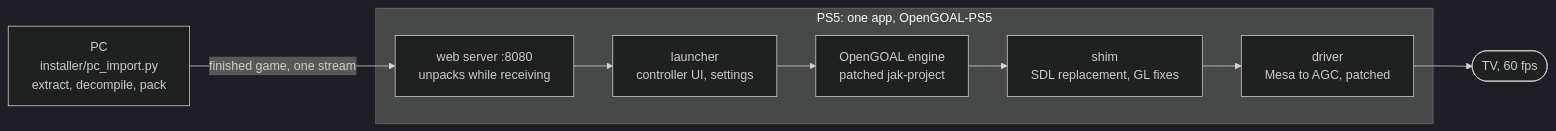
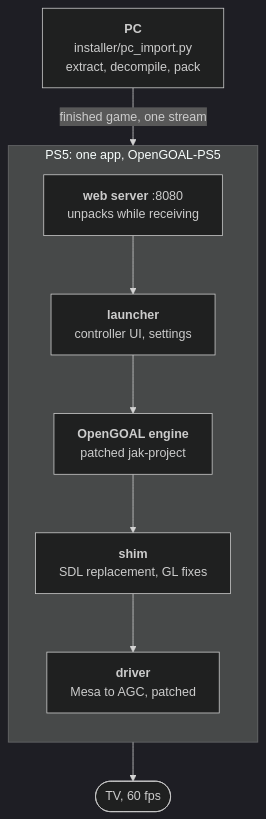
Before and after one commit to 0iy/opengoal-ps5: the diagram in README.md, drawn with Mermaid (dark theme).

Commit message:
Draw the architecture diagram top to bottom so it stays readable

````diff
--- a/README.md
+++ b/README.md
@@ -86,11 +86,12 @@
 ```mermaid
-flowchart LR
-  PC["PC<br/>installer/pc_import.py<br/>extract, decompile, pack"] -- "finished game, one stream" --> WEB
+flowchart TB
+  PC["<b>PC</b><br/>installer/pc_import.py<br/>extract, decompile, pack"] -->|"finished game, one stream"| WEB
   subgraph PS5["PS5: one app, OpenGOAL-PS5"]
-    WEB["web server :8080<br/>unpacks while receiving"] --> LAUNCH["launcher<br/>controller UI, settings"]
-    LAUNCH --> ENGINE["OpenGOAL engine<br/>patched jak-project"]
-    ENGINE --> SHIM["shim<br/>SDL replacement, GL fixes"]
-    SHIM --> DRV["driver<br/>Mesa to AGC, patched"]
+    direction TB
+    WEB["<b>web server</b> :8080<br/>unpacks while receiving"] --> LAUNCH["<b>launcher</b><br/>controller UI, settings"]
+    LAUNCH --> ENGINE["<b>OpenGOAL engine</b><br/>patched jak-project"]
+    ENGINE --> SHIM["<b>shim</b><br/>SDL replacement, GL fixes"]
+    SHIM --> DRV["<b>driver</b><br/>Mesa to AGC, patched"]
   end
   DRV --> TV(["TV, 60 fps"])
 ```
````
